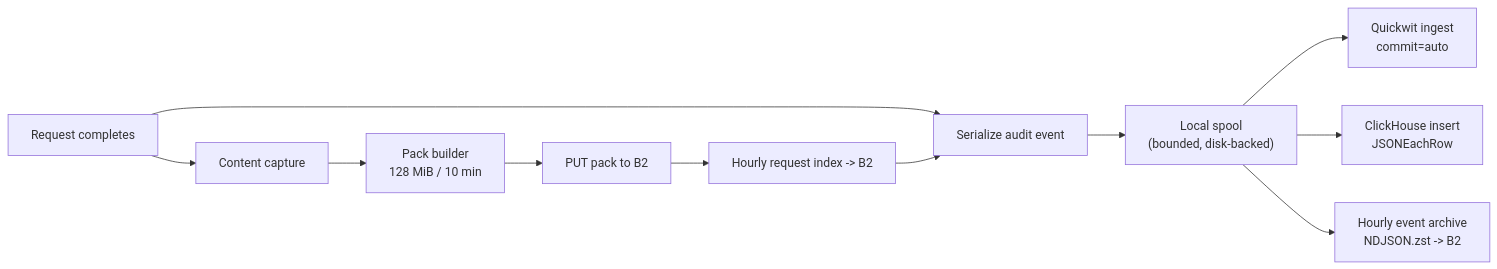
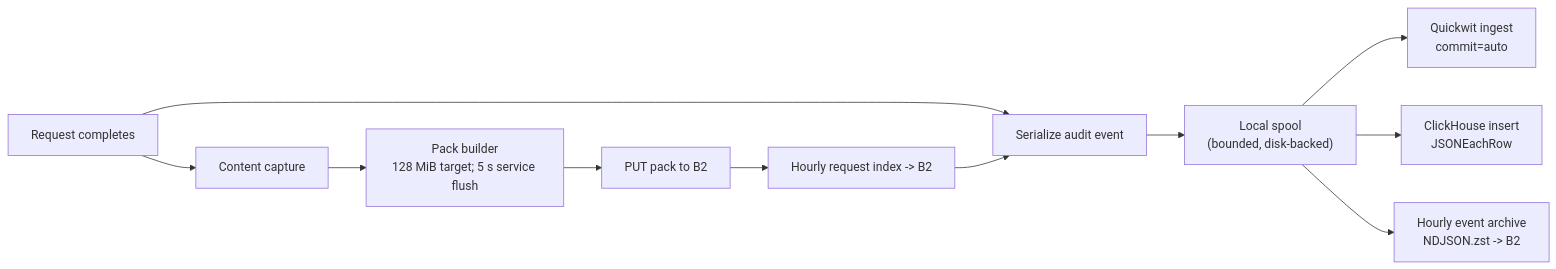
Before and after one commit to mkroman/neuradex: the diagram in docs/rfd/0004-storage-and-analytics.md, drawn with Mermaid. The commit also changed other lines of this file and 22 other files, not shown here.

````diff
--- a/docs/rfd/0004-storage-and-analytics.md
+++ b/docs/rfd/0004-storage-and-analytics.md
@@ -132,13 +134,13 @@
 ```mermaid
 flowchart LR
     Req["Request completes"] --> Event["Serialize audit event"]
     Event --> Spool["Local spool<br/>(bounded, disk-backed)"]
     Spool --> QW["Quickwit ingest<br/>commit=auto"]
     Spool --> CH["ClickHouse insert<br/>JSONEachRow"]
     Spool --> Hour["Hourly event archive<br/>NDJSON.zst -> B2"]
     Req --> Capture["Content capture"]
-    Capture --> Pack["Pack builder<br/>128 MiB / 10 min"]
+    Capture --> Pack["Pack builder<br/>128 MiB target; 5 s service flush"]
     Pack --> Upload["PUT pack to B2"]
     Upload --> Index["Hourly request index -> B2"]
     Index --> Event
 ```
````
